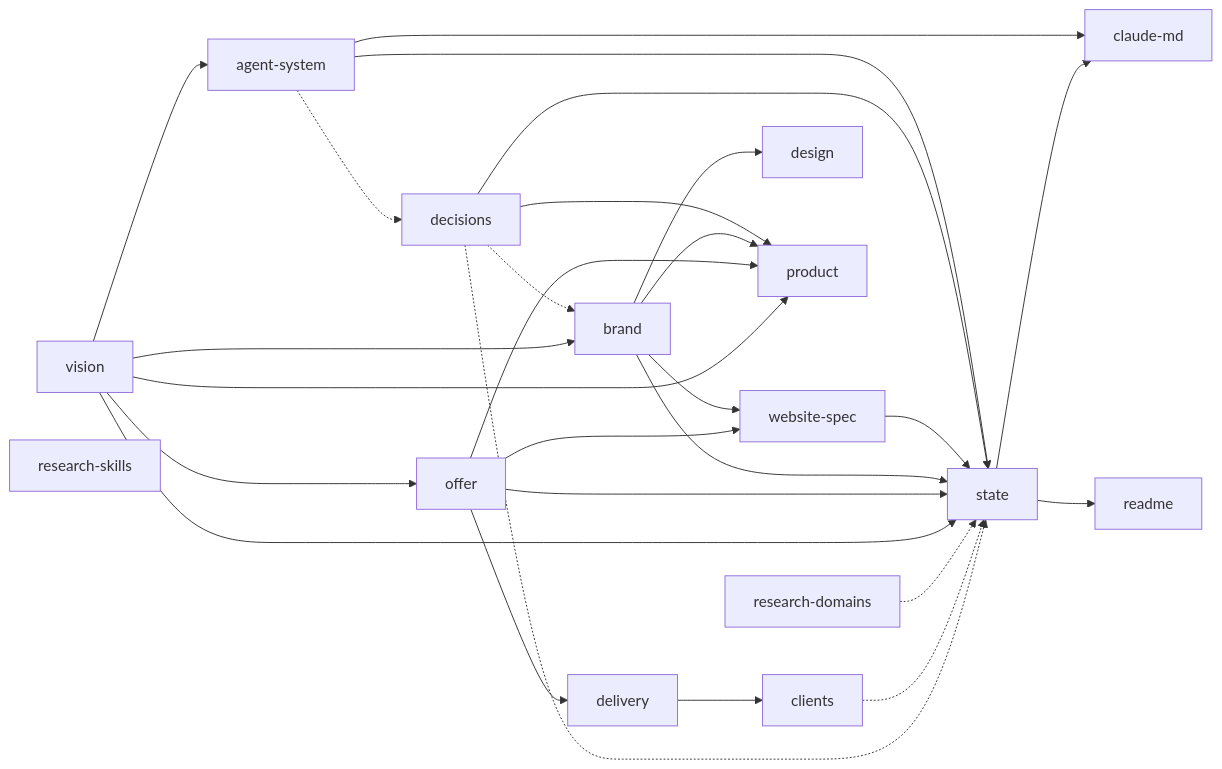
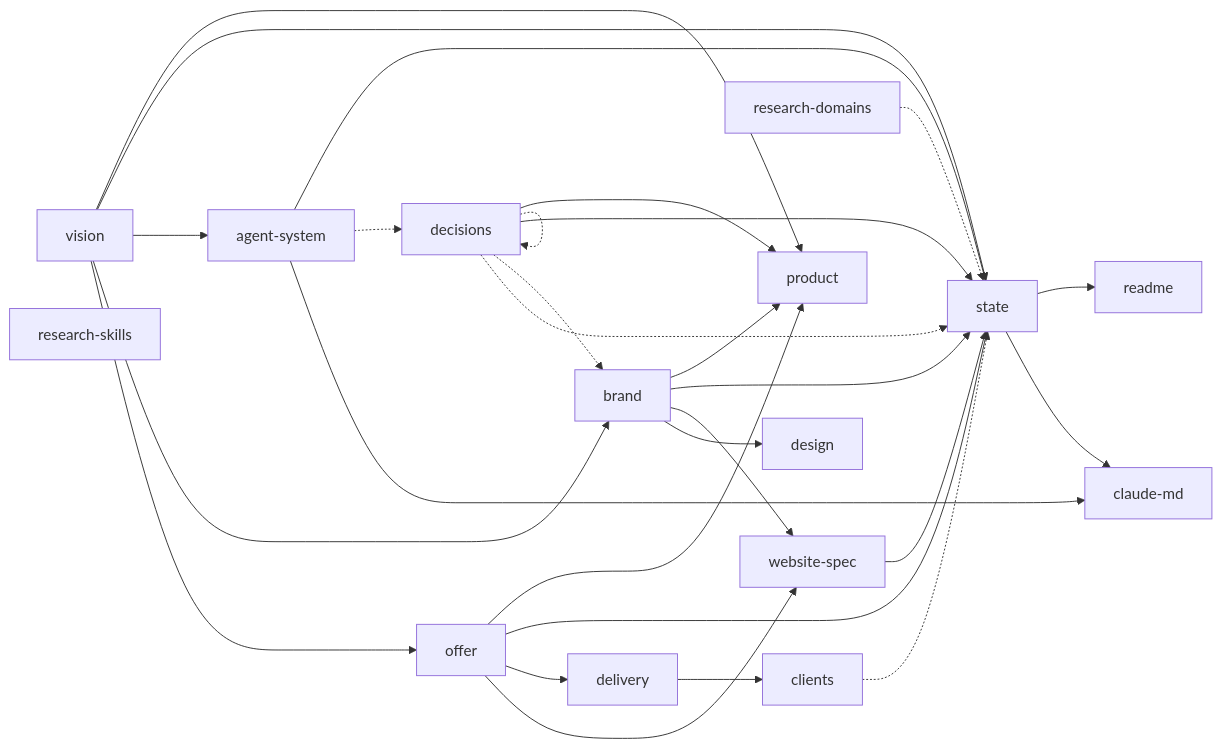
Before and after one commit to mann0122/nexbridge-it: the diagram in docs/INDEX.md, drawn with Mermaid. The commit also changed other lines of this file and 8 other files, not shown here.

````diff
--- a/docs/INDEX.md
+++ b/docs/INDEX.md
@@ -17,45 +17,46 @@
 ```mermaid
 graph LR
   vision["vision"]
   offer["offer"]
   brand["brand"]
   website_spec["website-spec"]
   delivery["delivery"]
   decisions["decisions"]
   agent_system["agent-system"]
   clients["clients"]
   research_skills["research-skills"]
   research_domains["research-domains"]
   state["state"]
   claude_md["claude-md"]
   design["design"]
   product["product"]
   readme["readme"]
 
   state --> claude_md
   agent_system --> claude_md
   brand --> design
   vision --> offer
   vision --> brand
   offer --> website_spec
   brand --> website_spec
   offer --> delivery
   decisions -.-> state
   decisions -.-> brand
+  decisions -.-> decisions
   vision --> agent_system
   agent_system -.-> decisions
   delivery --> clients
   clients -.-> state
   research_domains -.-> state
   vision --> state
   offer --> state
   brand --> state
   website_spec --> state
   decisions --> state
   agent_system --> state
   vision --> product
   offer --> product
   brand --> product
   decisions --> product
   state --> readme
 ```
````
